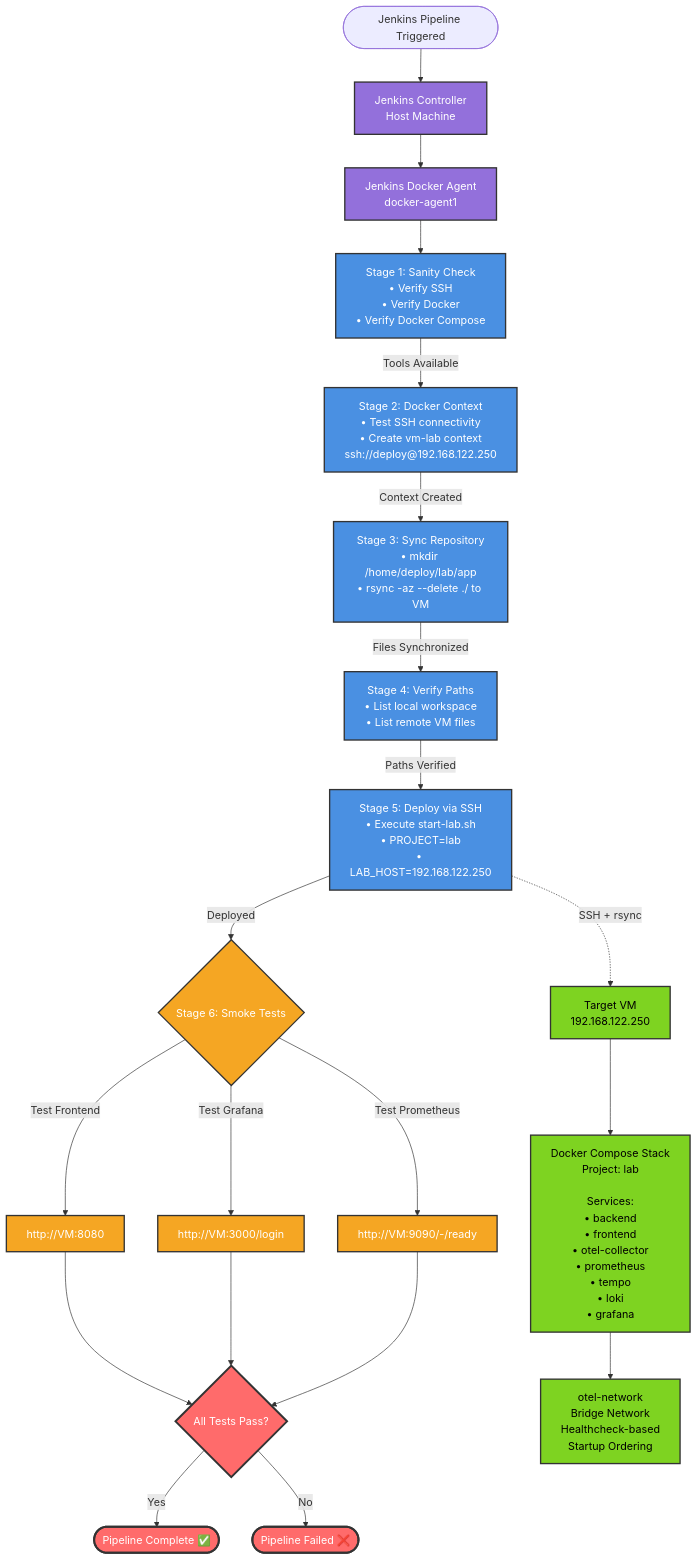
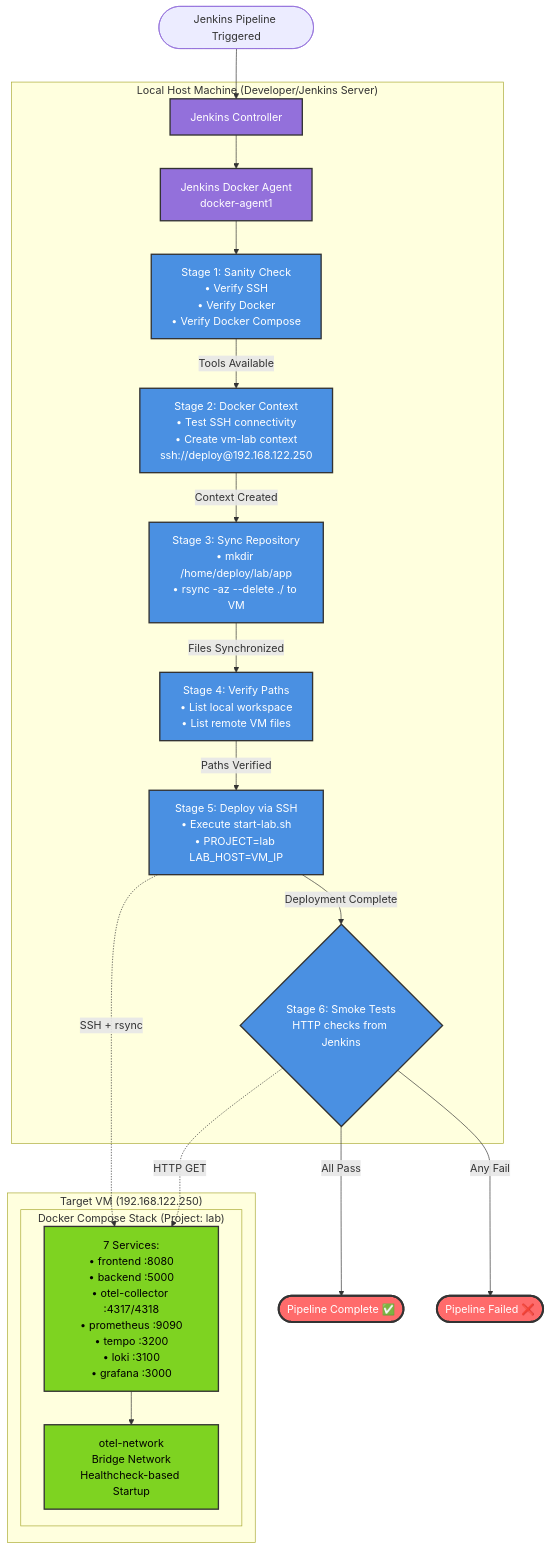
One commit to illusivegit/Opentelemetry_Observability_Lab changed the diagram in docs/phase-1-docker-compose/architecture/deployment.md. Above: the diagram before and after it, drawn with Mermaid. The commit also changed 1 other file, not shown here.

````diff
--- a/docs/phase-1-docker-compose/architecture/deployment.md
+++ b/docs/phase-1-docker-compose/architecture/deployment.md
@@ -66,48 +66,59 @@
 ```mermaid
 flowchart TD
-    Start([Jenkins Pipeline Triggered]) --> Controller[Jenkins Controller<br/>Host Machine]
+    Start([Jenkins Pipeline Triggered])
 
-    Controller --> Agent[Jenkins Docker Agent<br/>docker-agent1]
+    subgraph localhost["Local Host Machine (Developer/Jenkins Server)"]
+        Controller[Jenkins Controller]
+        Agent[Jenkins Docker Agent<br/>docker-agent1]
 
-    Agent --> Stage1[Stage 1: Sanity Check<br/>• Verify SSH<br/>• Verify Docker<br/>• Verify Docker Compose]
+        Stage1[Stage 1: Sanity Check<br/>• Verify SSH<br/>• Verify Docker<br/>• Verify Docker Compose]
 
-    Stage1 -->|Tools Available| Stage2[Stage 2: Docker Context<br/>• Test SSH connectivity<br/>• Create vm-lab context<br/>ssh://deploy@192.168.122.250]
+        Stage2[Stage 2: Docker Context<br/>• Test SSH connectivity<br/>• Create vm-lab context<br/>ssh://deploy@192.168.122.250]
 
-    Stage2 -->|Context Created| Stage3[Stage 3: Sync Repository<br/>• mkdir /home/deploy/lab/app<br/>• rsync -az --delete ./ to VM]
+        Stage3[Stage 3: Sync Repository<br/>• mkdir /home/deploy/lab/app<br/>• rsync -az --delete ./ to VM]
 
-    Stage3 -->|Files Synchronized| Stage4[Stage 4: Verify Paths<br/>• List local workspace<br/>• List remote VM files]
+        Stage4[Stage 4: Verify Paths<br/>• List local workspace<br/>• List remote VM files]
 
-    Stage4 -->|Paths Verified| Stage5[Stage 5: Deploy via SSH<br/>• Execute start-lab.sh<br/>• PROJECT=lab<br/>• LAB_HOST=192.168.122.250]
+        Stage5[Stage 5: Deploy via SSH<br/>• Execute start-lab.sh<br/>• PROJECT=lab LAB_HOST=VM_IP]
 
-    Stage5 -->|Deployed| Stage6{Stage 6: Smoke Tests}
+        Stage6{Stage 6: Smoke Tests<br/>HTTP checks from Jenkins}
+    end
 
-    Stage6 -->|Test Frontend| Frontend[http://VM:8080]
-    Stage6 -->|Test Grafana| Grafana[http://VM:3000/login]
-    Stage6 -->|Test Prometheus| Prometheus[http://VM:9090/-/ready]
+    subgraph vm["Target VM (192.168.122.250)"]
+        subgraph compose["Docker Compose Stack (Project: lab)"]
+            Services[7 Services:<br/>• frontend :8080<br/>• backend :5000<br/>• otel-collector :4317/4318<br/>• prometheus :9090<br/>• tempo :3200<br/>• loki :3100<br/>• grafana :3000]
 
-    Frontend --> Success
-    Grafana --> Success
-    Prometheus --> Success{All Tests Pass?}
+            Network[otel-network<br/>Bridge Network<br/>Healthcheck-based Startup]
+        end
+    end
 
-    Success -->|Yes| Complete([Pipeline Complete ✅])
-    Success -->|No| Fail([Pipeline Failed ❌])
+    %% Pipeline flow
+    Start --> Controller
+    Controller --> Agent
+    Agent --> Stage1
+    Stage1 -->|Tools Available| Stage2
+    Stage2 -->|Context Created| Stage3
+    Stage3 -->|Files Synchronized| Stage4
+    Stage4 -->|Paths Verified| Stage5
+    Stage5 -.->|SSH + rsync| Services
+    Stage5 -->|Deployment Complete| Stage6
 
-    Stage5 -.->|SSH + rsync| VM[Target VM<br/>192.168.122.250]
+    %% Smoke tests
+    Stage6 -.->|HTTP GET| Services
+    Stage6 -->|All Pass| Complete([Pipeline Complete ✅])
+    Stage6 -->|Any Fail| Fail([Pipeline Failed ❌])
 
-    VM --> Stack[Docker Compose Stack<br/>Project: lab<br/><br/>Services:<br/>• backend<br/>• frontend<br/>• otel-collector<br/>• prometheus<br/>• tempo<br/>• loki<br/>• grafana]
-
-    Stack --> Network[otel-network<br/>Bridge Network<br/>Healthcheck-based<br/>Startup Ordering]
+    Services --> Network
 
     %% Styling with better contrast
     classDef jenkins fill:#9370DB,stroke:#333,stroke-width:2px,color:#fff
     classDef stage fill:#4A90E2,stroke:#333,stroke-width:2px,color:#fff
     classDef vm fill:#7ED321,stroke:#333,stroke-width:2px,color:#000
     classDef test fill:#F5A623,stroke:#333,stroke-width:2px,color:#fff
     classDef result fill:#FF6B6B,stroke:#333,stroke-width:3px,color:#fff
 
     class Controller,Agent jenkins
-    class Stage1,Stage2,Stage3,Stage4,Stage5 stage
-    class VM,Stack,Network vm
-    class Stage6,Frontend,Grafana,Prometheus test
-    class Success,Complete,Fail result
+    class Stage1,Stage2,Stage3,Stage4,Stage5,Stage6 stage
+    class Services,Network vm
+    class Complete,Fail result
 ```
````
